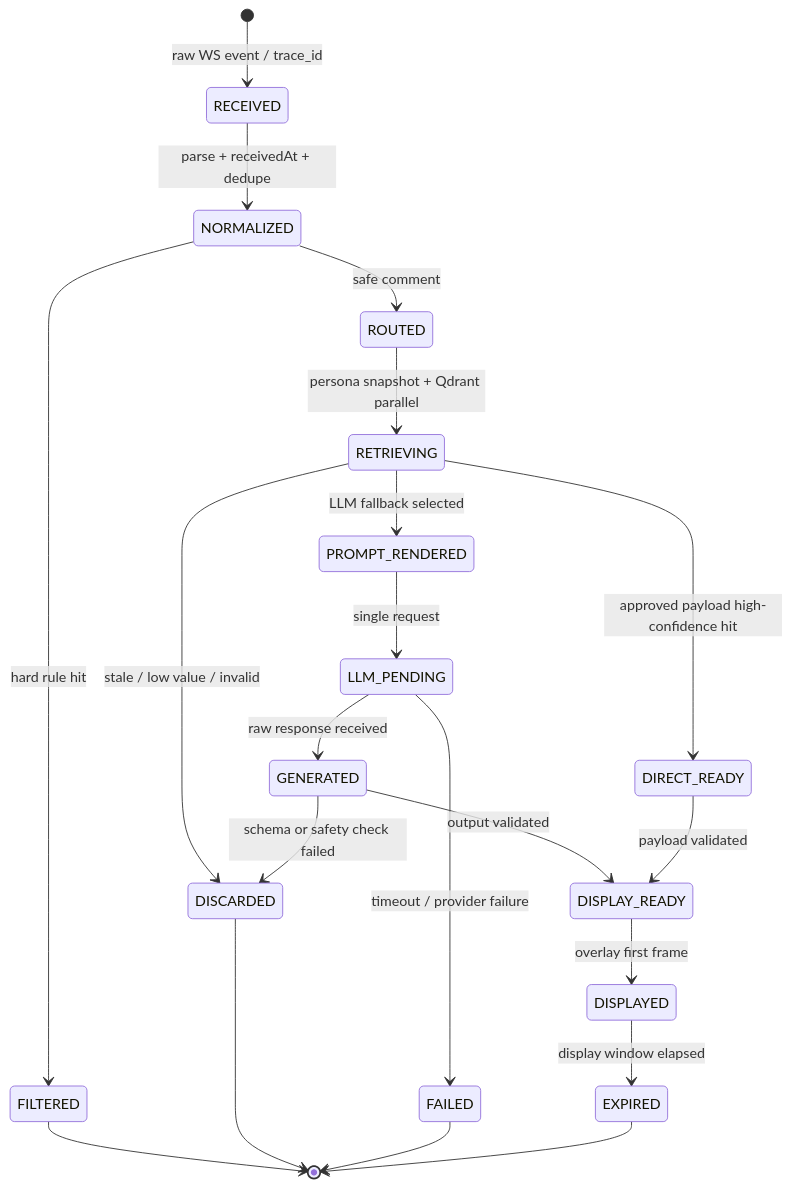
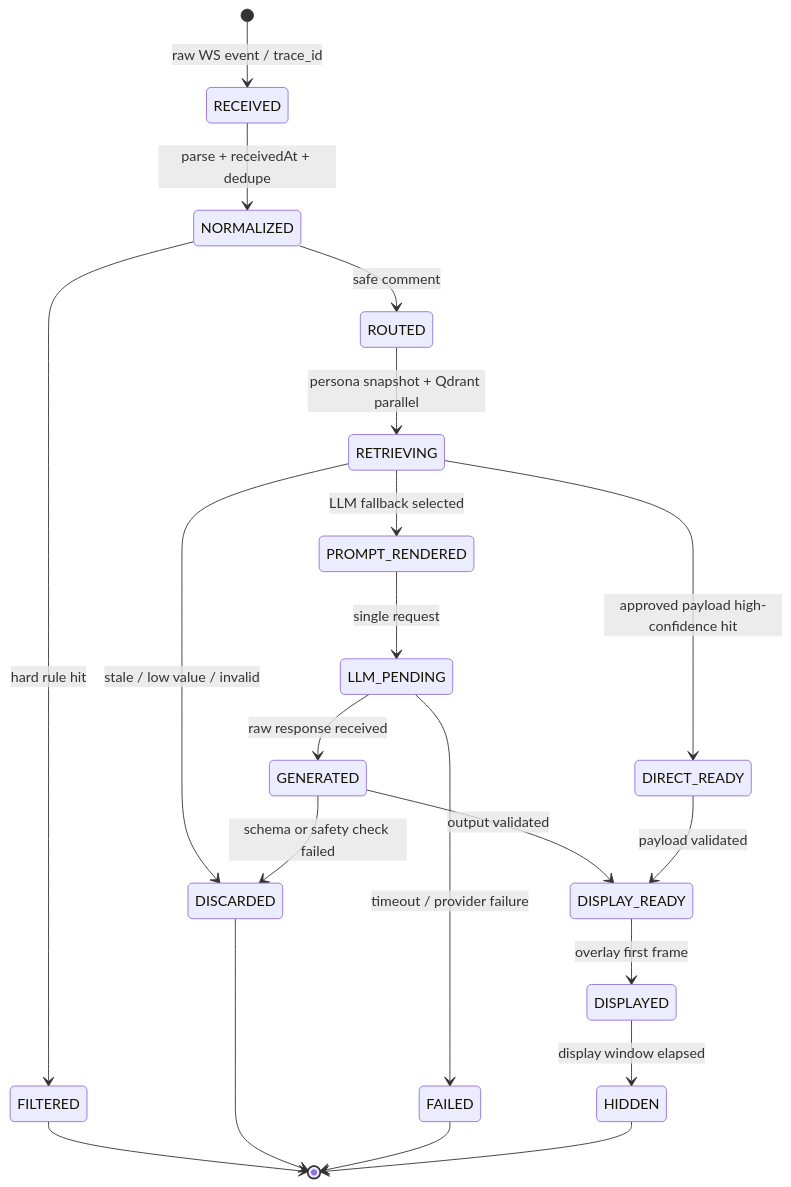
One commit to Ahsen17/douyin-echocue-standalone changed the diagram in docs/03-research/Echocue-技术调研与选型报告-v0.1.md. Above: the diagram before and after it, drawn with Mermaid. The commit also changed other lines of this file and 40 other files, not shown here.

````diff
--- a/docs/03-research/Echocue-技术调研与选型报告-v0.1.md
+++ b/docs/03-research/Echocue-技术调研与选型报告-v0.1.md
@@ -172,23 +172,23 @@
 ```mermaid
 stateDiagram-v2
     [*] --> RECEIVED: raw WS event / trace_id
     RECEIVED --> NORMALIZED: parse + receivedAt + dedupe
     NORMALIZED --> FILTERED: hard rule hit
     NORMALIZED --> ROUTED: safe comment
     ROUTED --> RETRIEVING: persona snapshot + Qdrant parallel
     RETRIEVING --> DISCARDED: stale / low value / invalid
     RETRIEVING --> DIRECT_READY: approved payload high-confidence hit
     RETRIEVING --> PROMPT_RENDERED: LLM fallback selected
     PROMPT_RENDERED --> LLM_PENDING: single request
     LLM_PENDING --> GENERATED: raw response received
     LLM_PENDING --> FAILED: timeout / provider failure
     GENERATED --> DISCARDED: schema or safety check failed
     GENERATED --> DISPLAY_READY: output validated
     DIRECT_READY --> DISPLAY_READY: payload validated
     DISPLAY_READY --> DISPLAYED: overlay first frame
-    DISPLAYED --> EXPIRED: display window elapsed
+    DISPLAYED --> HIDDEN: display window elapsed
     FILTERED --> [*]
     DISCARDED --> [*]
     FAILED --> [*]
-    EXPIRED --> [*]
+    HIDDEN --> [*]
 ```
````
